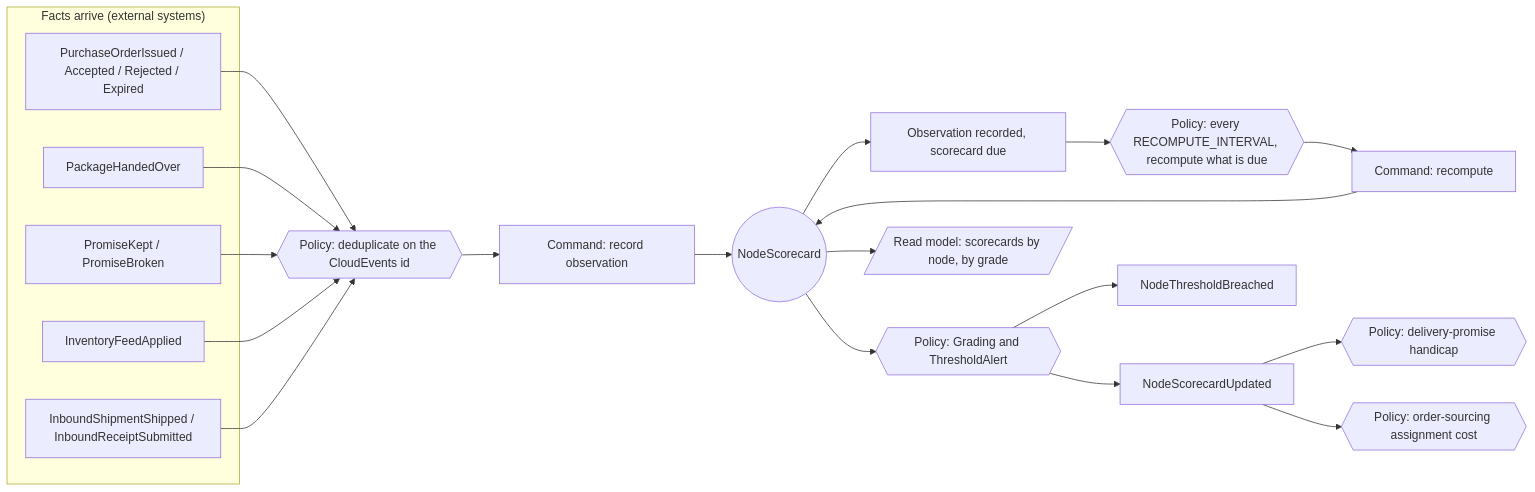
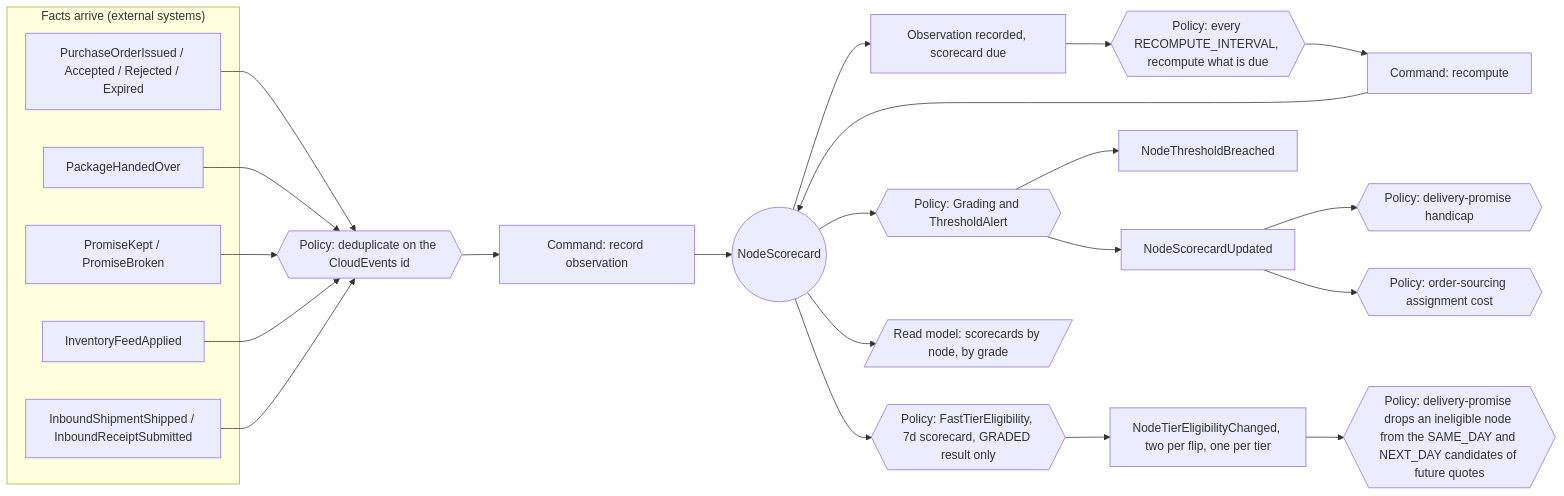
Before and after one commit to IQVO/node-performance: the diagram in docs/docs/ddd/eventstorming.md, drawn with Mermaid. The commit also changed other lines of this file and 12 other files, not shown here.

````diff
--- a/docs/docs/ddd/eventstorming.md
+++ b/docs/docs/ddd/eventstorming.md
@@ -18,39 +18,45 @@
 ```mermaid
 flowchart LR
     subgraph facts["Facts arrive (external systems)"]
         e1["PurchaseOrderIssued / Accepted / Rejected / Expired"]
         e2["PackageHandedOver"]
         e3["PromiseKept / PromiseBroken"]
         e4["InventoryFeedApplied"]
         e5["InboundShipmentShipped / InboundReceiptSubmitted"]
     end
     p1{{"Policy: deduplicate on the CloudEvents id"}}
     c1["Command: record observation"]
     a1(("NodeScorecard"))
     ev1["Observation recorded, scorecard due"]
     p2{{"Policy: every RECOMPUTE_INTERVAL, recompute what is due"}}
     c2["Command: recompute"]
     p3{{"Policy: Grading and ThresholdAlert"}}
     ev2["NodeScorecardUpdated"]
     ev3["NodeThresholdBreached"]
     p4{{"Policy: delivery-promise handicap"}}
     p5{{"Policy: order-sourcing assignment cost"}}
+    p6{{"Policy: FastTierEligibility, 7d scorecard, GRADED result only"}}
+    ev4["NodeTierEligibilityChanged, two per flip, one per tier"]
+    p7{{"Policy: delivery-promise drops an ineligible node from the SAME_DAY and NEXT_DAY candidates of future quotes"}}
     rm1[/"Read model: scorecards by node, by grade"/]
     e1 --> p1
     e2 --> p1
     e3 --> p1
     e4 --> p1
     e5 --> p1
     p1 --> c1
     c1 --> a1
     a1 --> ev1
     ev1 --> p2
     p2 --> c2
     c2 --> a1
     a1 --> p3
     p3 --> ev2
     p3 --> ev3
     ev2 --> p4
     ev2 --> p5
+    a1 --> p6
+    p6 --> ev4
+    ev4 --> p7
     a1 --> rm1
 ```
````
